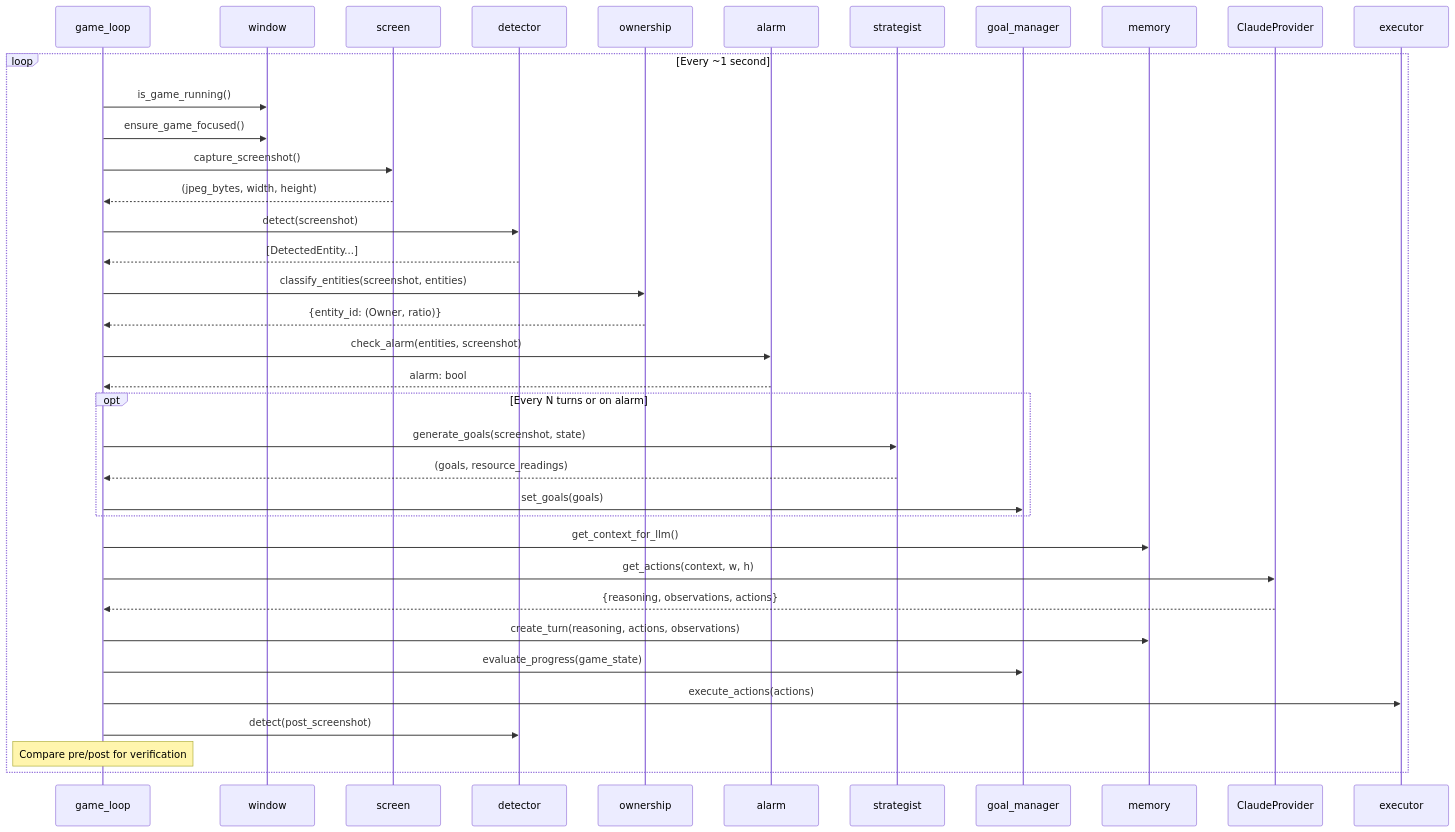
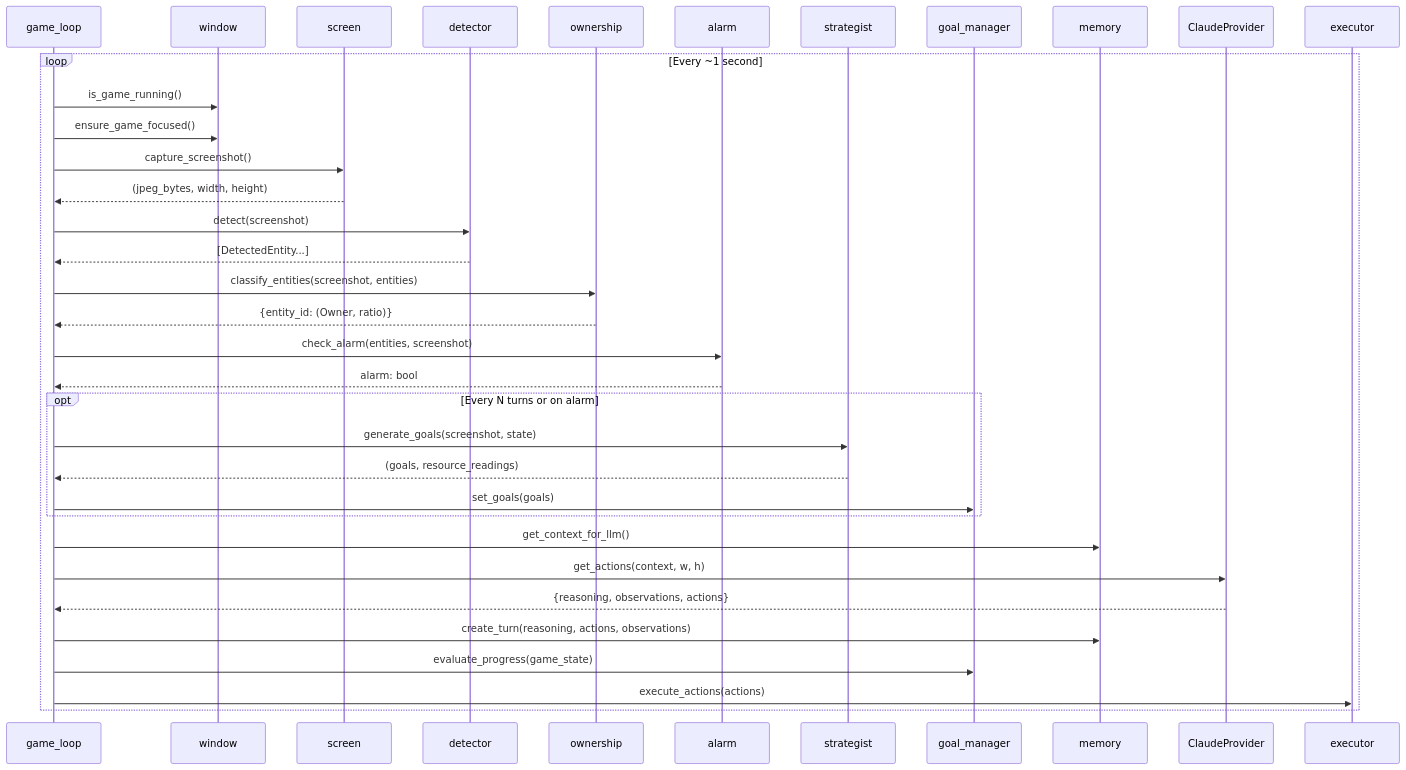
One commit to dobosmarton/aoe2-agent changed the diagram in docs/part1-architecture/02-game-loop-pipeline.md. Above: the diagram before and after it, drawn with Mermaid. The commit also changed other lines of this file and 7 other files, not shown here.

````diff
--- a/docs/part1-architecture/02-game-loop-pipeline.md
+++ b/docs/part1-architecture/02-game-loop-pipeline.md
@@ -7,40 +7,38 @@
 ```mermaid
 sequenceDiagram
     participant GL as game_loop
     participant W as window
     participant S as screen
     participant D as detector
     participant OWN as ownership
     participant ALM as alarm
     participant STR as strategist
     participant GM as goal_manager
     participant M as memory
     participant C as ClaudeProvider
     participant E as executor
 
     loop Every ~1 second
         GL->>W: is_game_running()
         GL->>W: ensure_game_focused()
         GL->>S: capture_screenshot()
         S-->>GL: (jpeg_bytes, width, height)
         GL->>D: detect(screenshot)
         D-->>GL: [DetectedEntity...]
         GL->>OWN: classify_entities(screenshot, entities)
         OWN-->>GL: {entity_id: (Owner, ratio)}
         GL->>ALM: check_alarm(entities, screenshot)
         ALM-->>GL: alarm: bool
         opt Every N turns or on alarm
             GL->>STR: generate_goals(screenshot, state)
             STR-->>GL: (goals, resource_readings)
             GL->>GM: set_goals(goals)
         end
         GL->>M: get_context_for_llm()
         GL->>C: get_actions(context, w, h)
         C-->>GL: {reasoning, observations, actions}
         GL->>M: create_turn(reasoning, actions, observations)
         GL->>GM: evaluate_progress(game_state)
         GL->>E: execute_actions(actions)
-        GL->>D: detect(post_screenshot)
-        Note over GL: Compare pre/post for verification
     end
 ```
````
